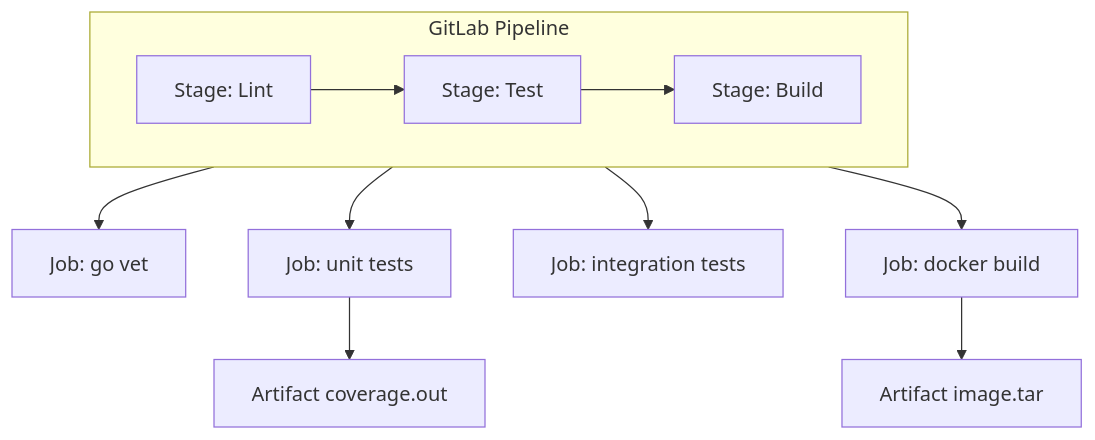
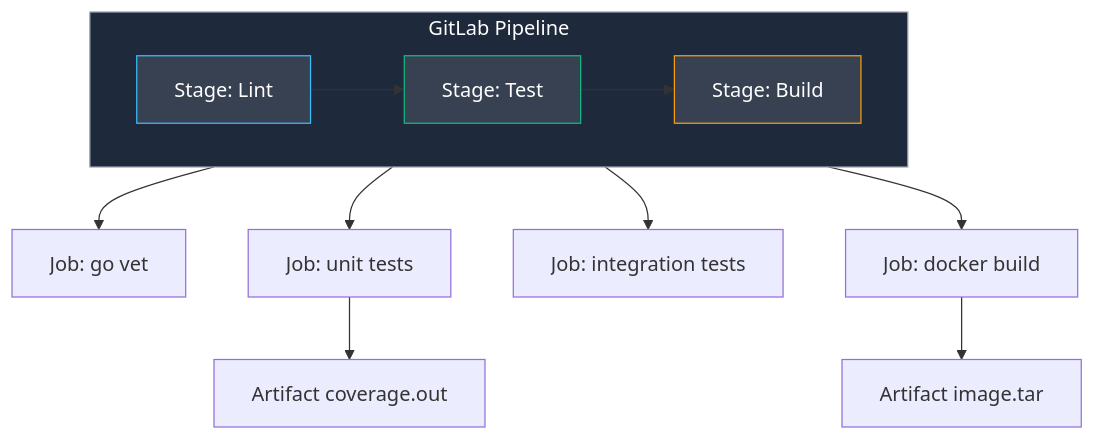
Before and after one commit to UnrealTemplier/go-textbook: the diagram in sources/8. Инфраструктура языка, Тулинг и CI_CD/28. GitLab CI для Go.md, drawn with Mermaid. The commit also changed other lines of this file, not shown here.

````diff
--- a/sources/8. Инфраструктура языка, Тулинг и CI_CD/28. GitLab CI для Go.md
+++ b/sources/8. Инфраструктура языка, Тулинг и CI_CD/28. GitLab CI для Go.md
@@ -10,17 +19,22 @@
 ```mermaid
 flowchart TD
     subgraph Pipeline ["GitLab Pipeline"]
         direction LR
         S1["Stage: Lint"] --> S2["Stage: Test"] --> S3["Stage: Build"]
     end
     
     S1 --> J1["Job: go vet"]
     
     S2 --> J2["Job: unit tests"]
     S2 --> J3["Job: integration tests"]
     
     S3 --> J4["Job: docker build"]
     
     J2 --> A1["Artifact coverage.out"]
     J4 --> A2["Artifact image.tar"]
+    
+    style Pipeline fill:#1e293b,stroke:#9ca3af,color:#fff
+    style S1 fill:#374151,stroke:#38bdf8,color:#fff
+    style S2 fill:#374151,stroke:#10b981,color:#fff
+    style S3 fill:#374151,stroke:#f59e0b,color:#fff
 ```
````
